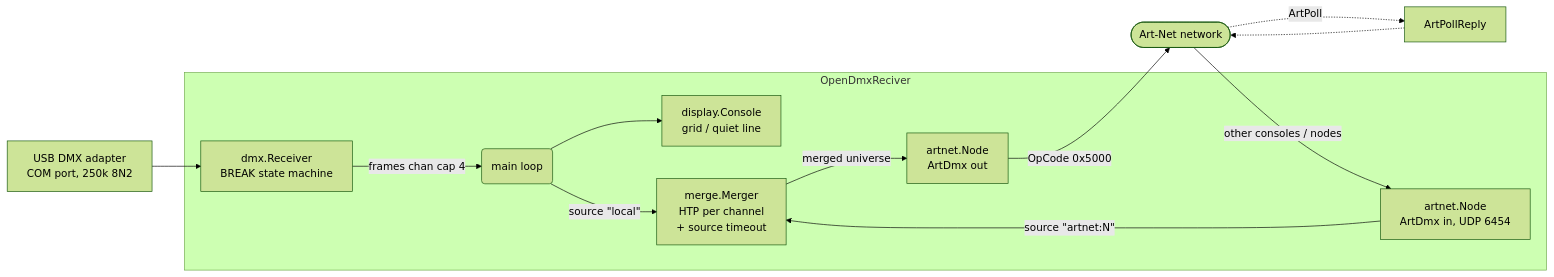
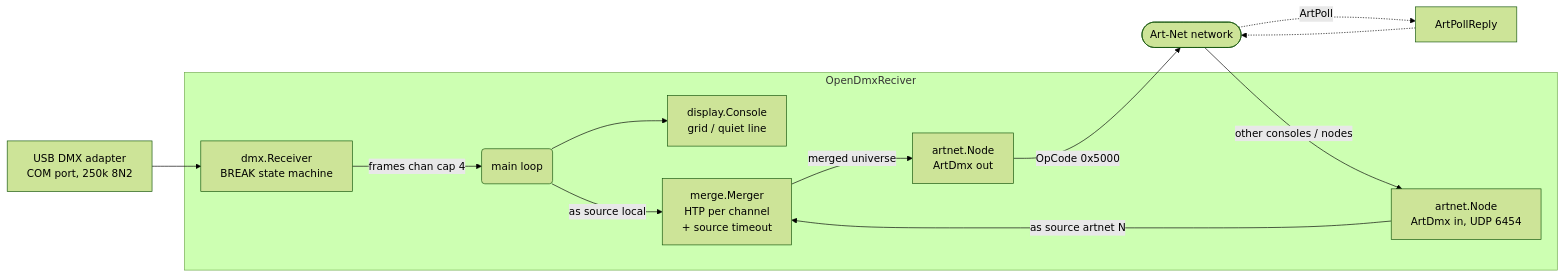
One commit to McHauge/OpenDmxReciverToArtnet changed the diagram in README.md. Above: the diagram before and after it, drawn with Mermaid (forest theme).

Commit message:
fix render of readme diagram

````diff
--- a/README.md
+++ b/README.md
@@ -62,17 +62,17 @@
 ```mermaid
 flowchart LR
     ADAPTER[USB DMX adapter<br/>COM port, 250k 8N2] --> RX
 
     subgraph app [OpenDmxReciver]
         RX[dmx.Receiver<br/>BREAK state machine] -->|frames chan cap 4| MAIN(main loop)
         MAIN --> DISP[display.Console<br/>grid / quiet line]
-        MAIN -->|source &quot;local&quot;| MERGE[merge.Merger<br/>HTP per channel<br/>+ source timeout]
+        MAIN -->|as source local| MERGE[merge.Merger<br/>HTP per channel<br/>+ source timeout]
         MERGE -->|merged universe| OUT[artnet.Node<br/>ArtDmx out]
-        IN[artnet.Node<br/>ArtDmx in, UDP 6454] -->|source &quot;artnet:N&quot;| MERGE
+        IN[artnet.Node<br/>ArtDmx in, UDP 6454] -->|as source artnet N| MERGE
     end
 
     OUT -->|OpCode 0x5000| NET([Art-Net network])
     NET -->|other consoles / nodes| IN
     NET -.->|ArtPoll| POLL[ArtPollReply]
     POLL -.-> NET
 ```
````
